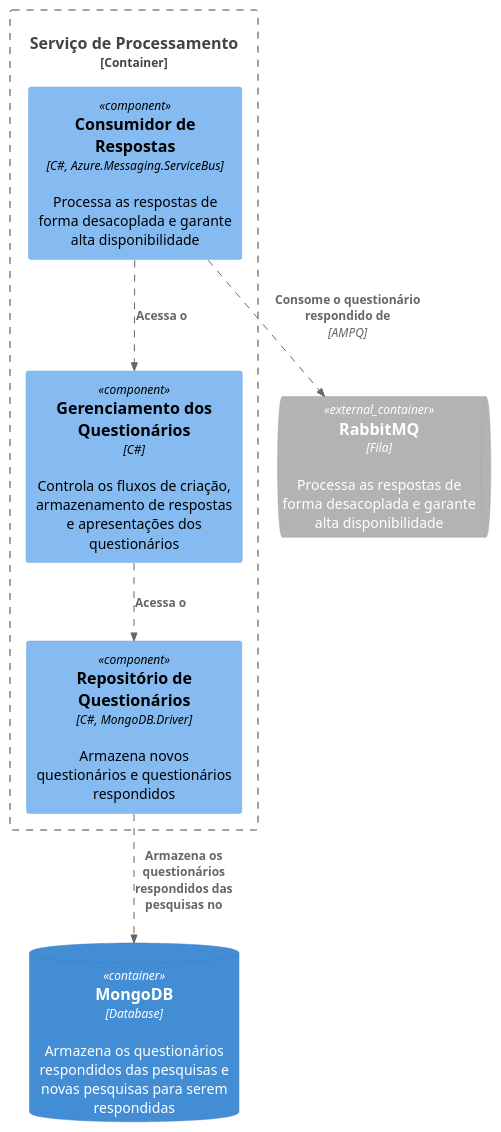
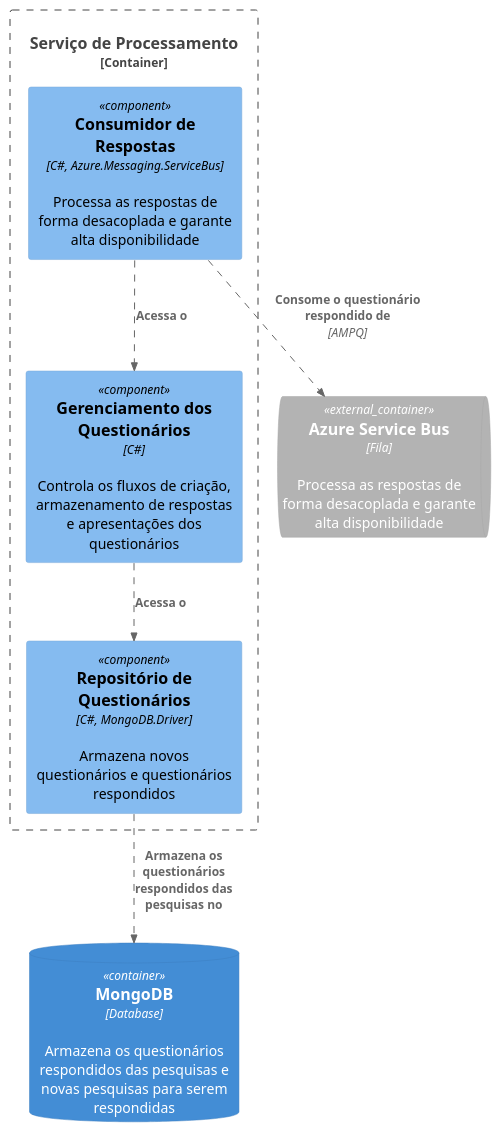
One commit to silviobassi/PesquisaPublica.Documents changed the diagram in C4Architecture/C3ServicoProcessamento.puml. Above: the diagram before and after it, drawn with PlantUML. The commit also changed 11 other files, not shown here.

```diff
--- a/C4Architecture/C3ServicoProcessamento.puml
+++ b/C4Architecture/C3ServicoProcessamento.puml
@@ -1,20 +1,20 @@
 @startuml
 !include https://raw.githubusercontent.com/plantuml-stdlib/C4-PlantUML/master/C4_Component.puml
 AddRelTag("async", $lineStyle = DashedLine())
 
 ContainerDb( mongodb, "MongoDB", "Database", "Armazena os questionários respondidos das pesquisas e novas pesquisas para serem respondidas")
 
-ContainerQueue_Ext( servicebus, "RabbitMQ", "Fila", "Processa as respostas de forma desacoplada e garante alta disponibilidade")
+ContainerQueue_Ext( servicebus, "Azure Service Bus", "Fila", "Processa as respostas de forma desacoplada e garante alta disponibilidade")
 
 Container_Boundary(ServProcessamento, "Serviço de Processamento") {
     Component(repoQuestionario, "Repositório de Questionários", "C#, MongoDB.Driver", "Armazena novos questionários e questionários respondidos")
     Component(servConsumer, "Consumidor de Respostas", "C#, Azure.Messaging.ServiceBus", "Processa as respostas de forma desacoplada e garante alta disponibilidade")
     Component(servQuestionario,"Gerenciamento dos Questionários","C#", "Controla os fluxos de criação, armazenamento de respostas e apresentações dos questionários")
     Component(repoQuestionario, "Repositório de Questionários", "C#, MongoDB.Driver", "Armazena novos questionários e questionários respondidos")
 }
 
 Rel(repoQuestionario, mongodb, "Armazena os questionários respondidos das pesquisas no", $tags="async")
 Rel(servConsumer, servicebus, "Consome o questionário respondido de", "AMPQ", $tags="async")
 Rel(servConsumer, servQuestionario,"Acessa o", $tags="async")
 Rel(servQuestionario, repoQuestionario, "Acessa o", $tags="async")
 @enduml
```
